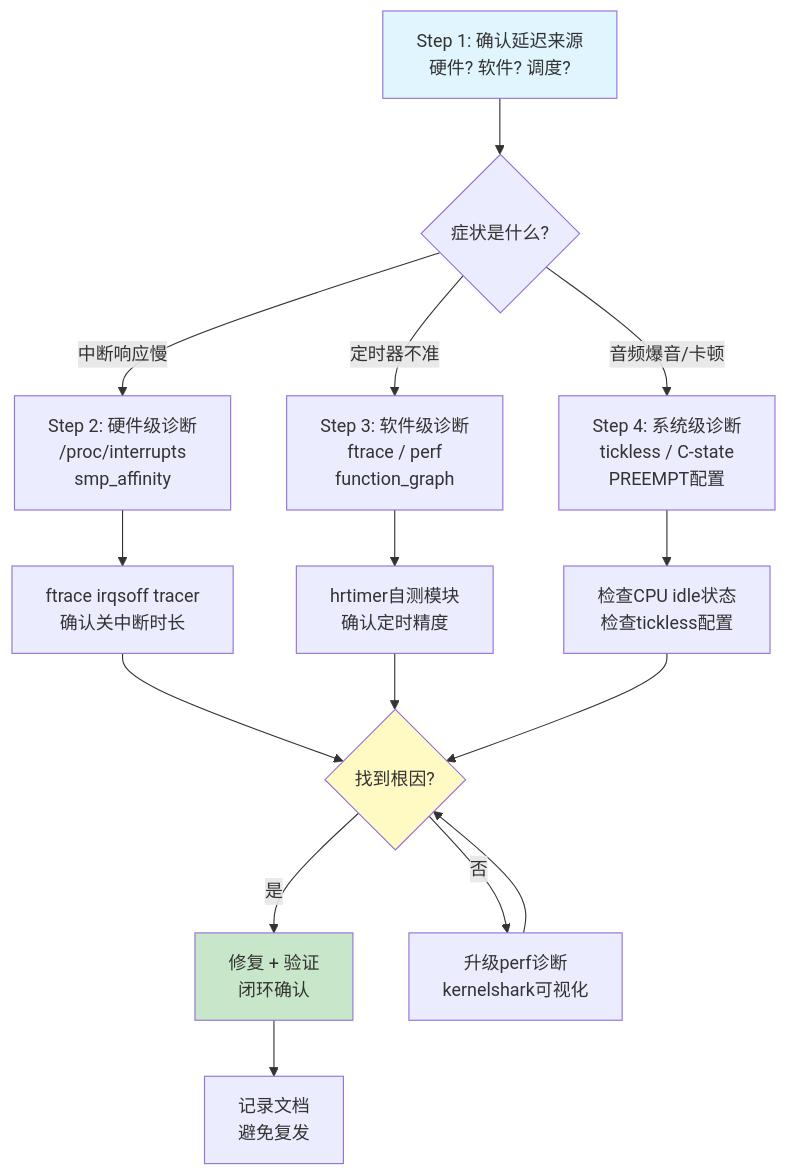
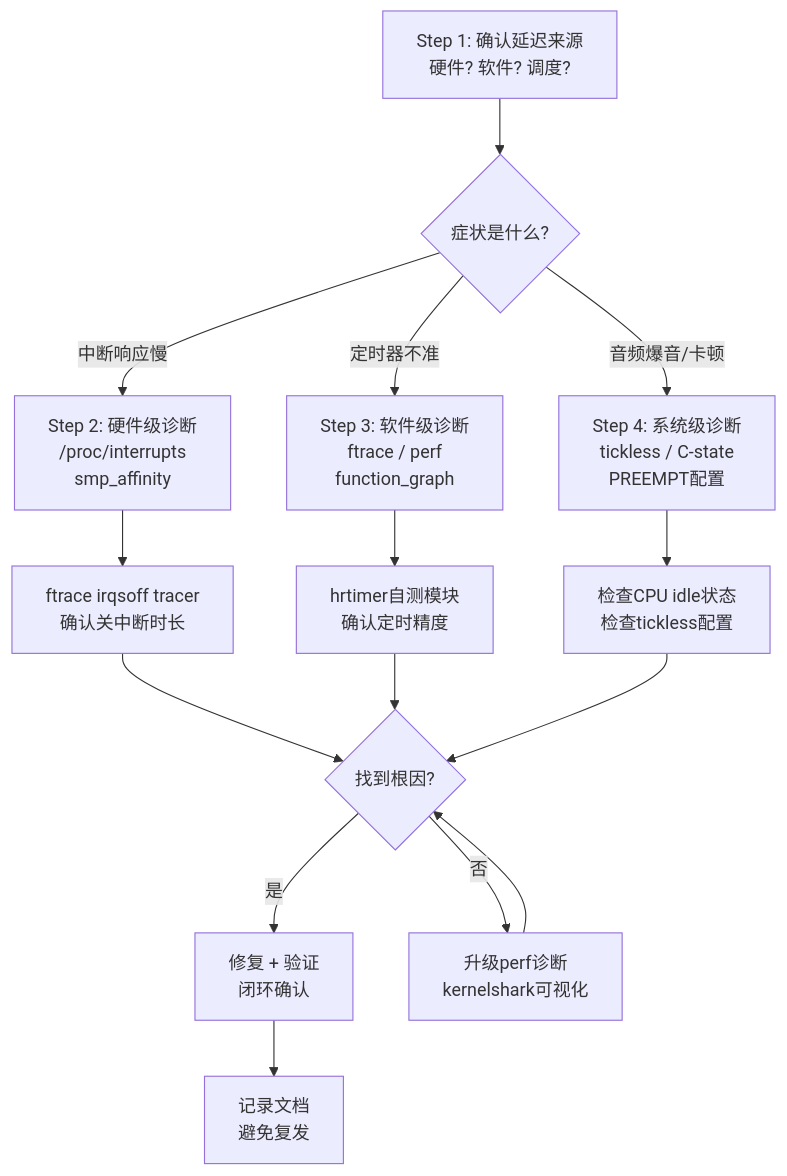
The diagram in docs/02-核心机制深度解析/第10章 中断与时间/10.7.2_实战音频爆音排查与排错方法论.md (xiaohong0925/Embedded_Knowledge_System_V2026), drawn with Mermaid before and after one commit. The commit also changed other lines of this file and 10 other files, not shown here.

````diff
--- a/docs/02-核心机制深度解析/第10章 中断与时间/10.7.2_实战音频爆音排查与排错方法论.md
+++ b/docs/02-核心机制深度解析/第10章 中断与时间/10.7.2_实战音频爆音排查与排错方法论.md
@@ -174,21 +169,17 @@
 ```mermaid
 flowchart TD
     A[Step 1: 确认延迟来源<br/>硬件? 软件? 调度?] --> B{症状是什么?}
     B -->|中断响应慢| C[Step 2: 硬件级诊断<br/>/proc/interrupts<br/>smp_affinity]
     B -->|定时器不准| D[Step 3: 软件级诊断<br/>ftrace / perf<br/>function_graph]
     B -->|音频爆音/卡顿| E[Step 4: 系统级诊断<br/>tickless / C-state<br/>PREEMPT配置]
     C --> F[ftrace irqsoff tracer<br/>确认关中断时长]
     D --> G[hrtimer自测模块<br/>确认定时精度]
     E --> H[检查CPU idle状态<br/>检查tickless配置]
     F --> I{找到根因?}
     G --> I
     H --> I
     I -->|是| J[修复 + 验证<br/>闭环确认]
     I -->|否| K[升级perf诊断<br/>kernelshark可视化]
     K --> I
     J --> L[记录文档<br/>避免复发]
-
-    style A fill:#e1f5fe
-    style J fill:#c8e6c9
-    style I fill:#fff9c4
 ```
````
